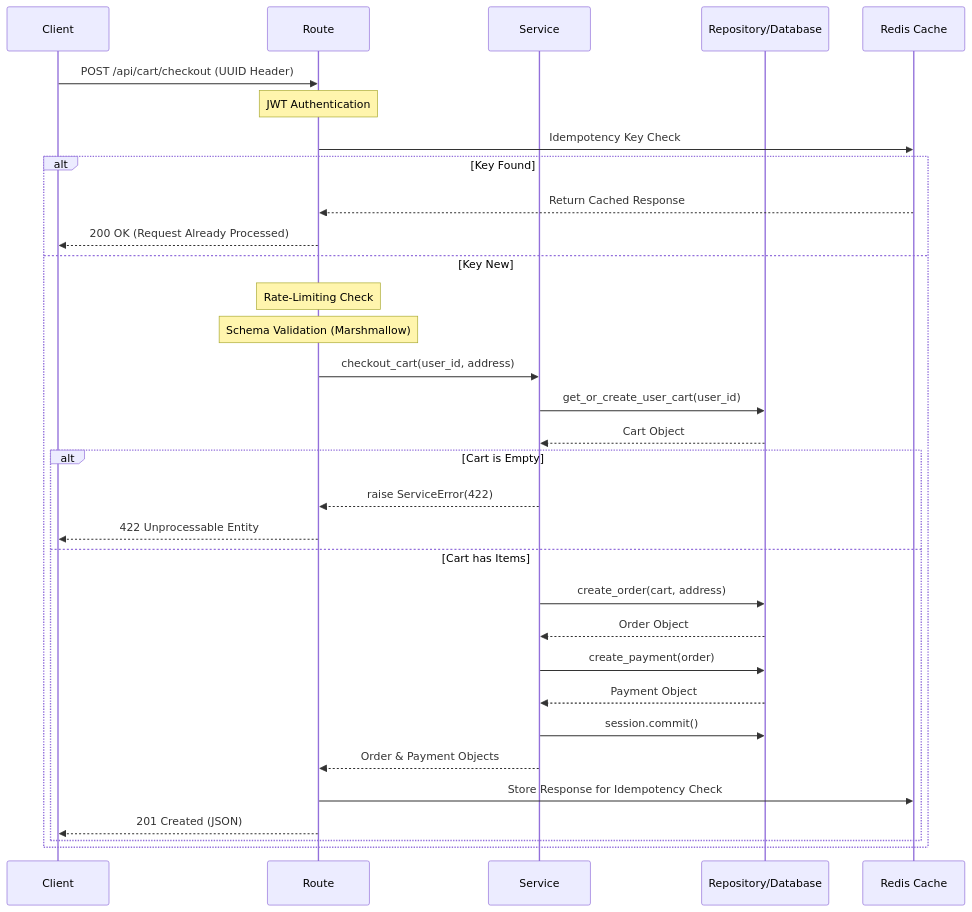
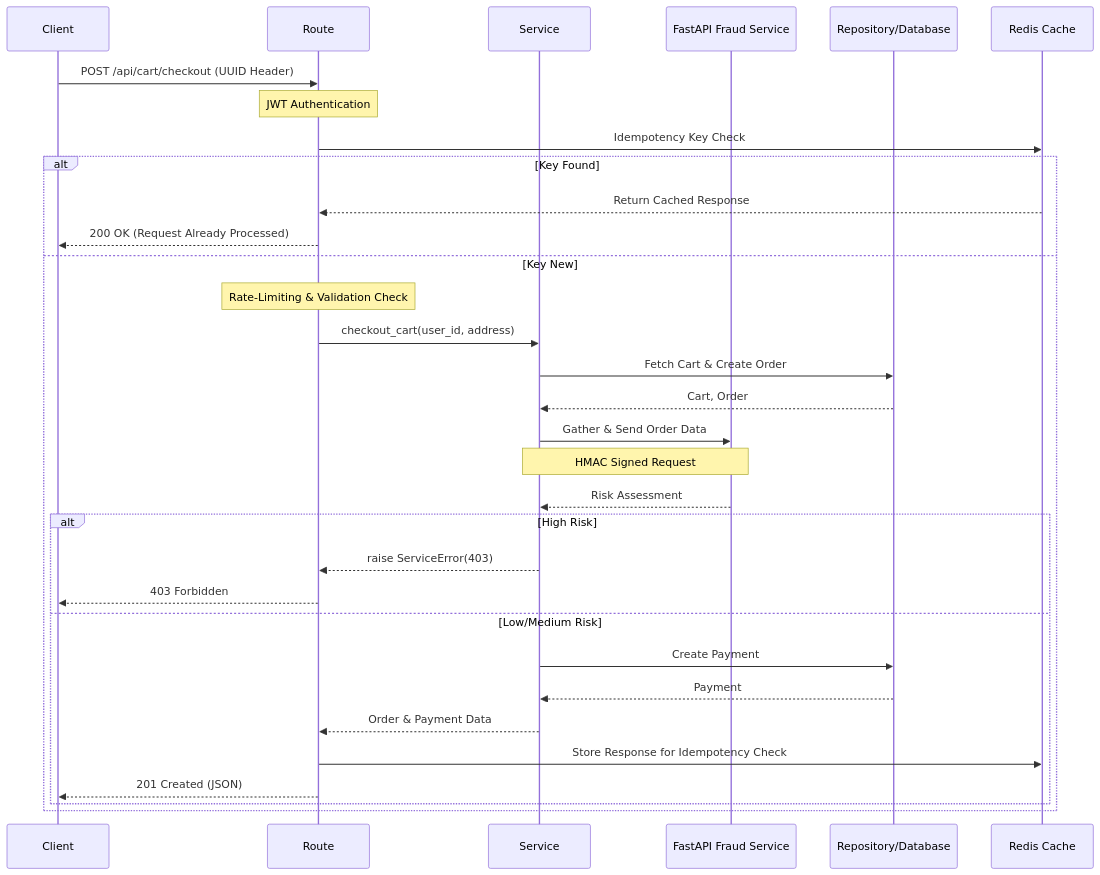
One commit to ncokic/flask-ecommerce-api changed the diagram in README.md. Above: the diagram before and after it, drawn with Mermaid. The commit also changed other lines of this file and 1 other file, not shown here.

Commit message:
docs: update README diagram and setup instructions

````diff
--- a/README.md
+++ b/README.md
@@ -76,36 +103,35 @@
 ```mermaid
 sequenceDiagram
     participant Client
     participant Route
     participant Service
+    participant Fraud as FastAPI Fraud Service
     participant Repo as Repository/Database
     participant Redis as Redis Cache
 
     Client->>Route: POST /api/cart/checkout (UUID Header)
     Note over Route: JWT Authentication
     Route->>Redis: Idempotency Key Check
     alt Key Found
         Redis-->>Route: Return Cached Response
         Route-->>Client: 200 OK (Request Already Processed)
     else Key New
-        Note over Route: Rate-Limiting Check
-        Note over Route: Schema Validation (Marshmallow)
+        Note over Route: Rate-Limiting & Validation Check
         Route->>Service: checkout_cart(user_id, address)
-        Service->>Repo: get_or_create_user_cart(user_id)
-        Repo-->>Service: Cart Object
-
-        alt Cart is Empty
-            Service-->>Route: raise ServiceError(422)
-            Route-->>Client: 422 Unprocessable Entity
-        else Cart has Items
-            Service->>Repo: create_order(cart, address)
-            Repo-->>Service: Order Object
-            Service->>Repo: create_payment(order)
-            Repo-->>Service: Payment Object
-            Service->>Repo: session.commit()
-            Service-->>Route: Order & Payment Objects
+        Service->>Repo: Fetch Cart & Create Order
+        Repo-->>Service: Cart, Order
+        Service->>Fraud: Gather & Send Order Data
+        Note over Service, Fraud: HMAC Signed Request
+        Fraud-->>Service: Risk Assessment
+        alt High Risk
+            Service-->>Route: raise ServiceError(403)
+            Route-->>Client: 403 Forbidden
+        else Low/Medium Risk
+            Service->>Repo: Create Payment
+            Repo-->>Service: Payment
+            Service-->>Route: Order & Payment Data
             Route->>Redis: Store Response for Idempotency Check
             Route-->>Client: 201 Created (JSON)
         end
     end
 ```
````
